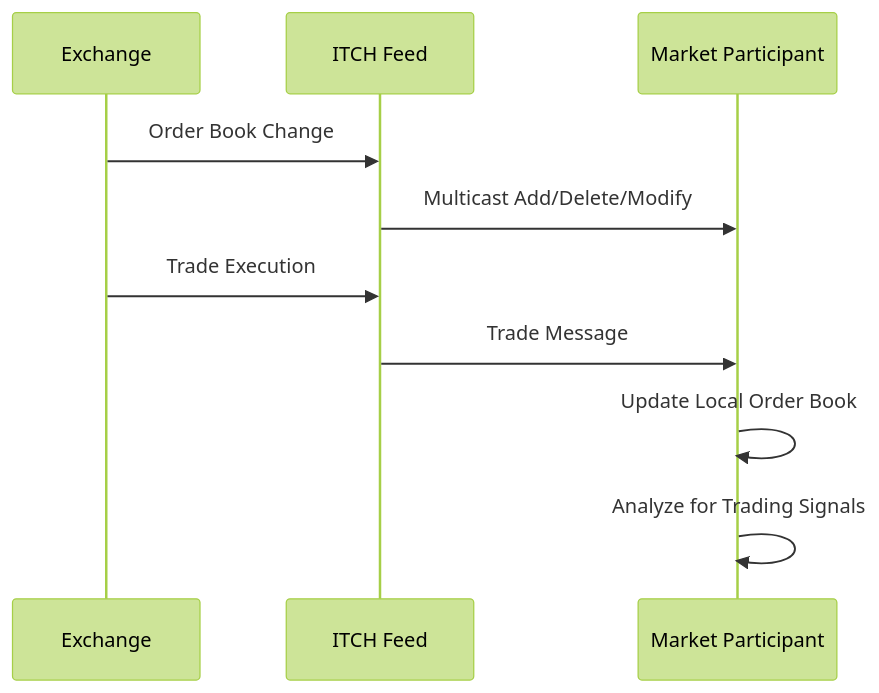
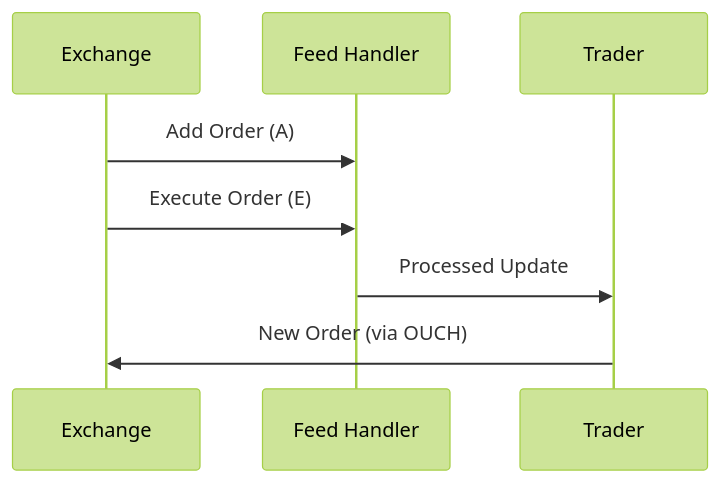
The diagram in itch-protocol/README.md (VrushankPatel/interview-matters), drawn with Mermaid (forest theme) before and after one commit. The commit also changed other lines of this file and 64 other files, not shown here.

Commit message:
kb: process 5 topics (fix-protocol, itch-protocol, ouch-protocol, market-data-overview-and-dissemination, order-entry-protocols) + restructure directories into categories (java, system-design, etc.) + expand order-entry-protocols content + add 10 new candidate topics

````diff
--- a/itch-protocol/README.md
+++ b/itch-protocol/README.md
@@ -90,13 +87,10 @@
 ```mermaid
 sequenceDiagram
     participant Exchange
-    participant ITCH Feed
-    participant Market Participant
-
-    Exchange->>ITCH Feed: Order Book Change
-    ITCH Feed->>Market Participant: Multicast Add/Delete/Modify
-    Exchange->>ITCH Feed: Trade Execution
-    ITCH Feed->>Market Participant: Trade Message
-    Market Participant->>Market Participant: Update Local Order Book
-    Market Participant->>Market Participant: Analyze for Trading Signals
+    participant Feed Handler
+    participant Trader
+    Exchange->>Feed Handler: Add Order (A)
+    Exchange->>Feed Handler: Execute Order (E)
+    Feed Handler->>Trader: Processed Update
+    Trader->>Exchange: New Order (via OUCH)
 ```
````
